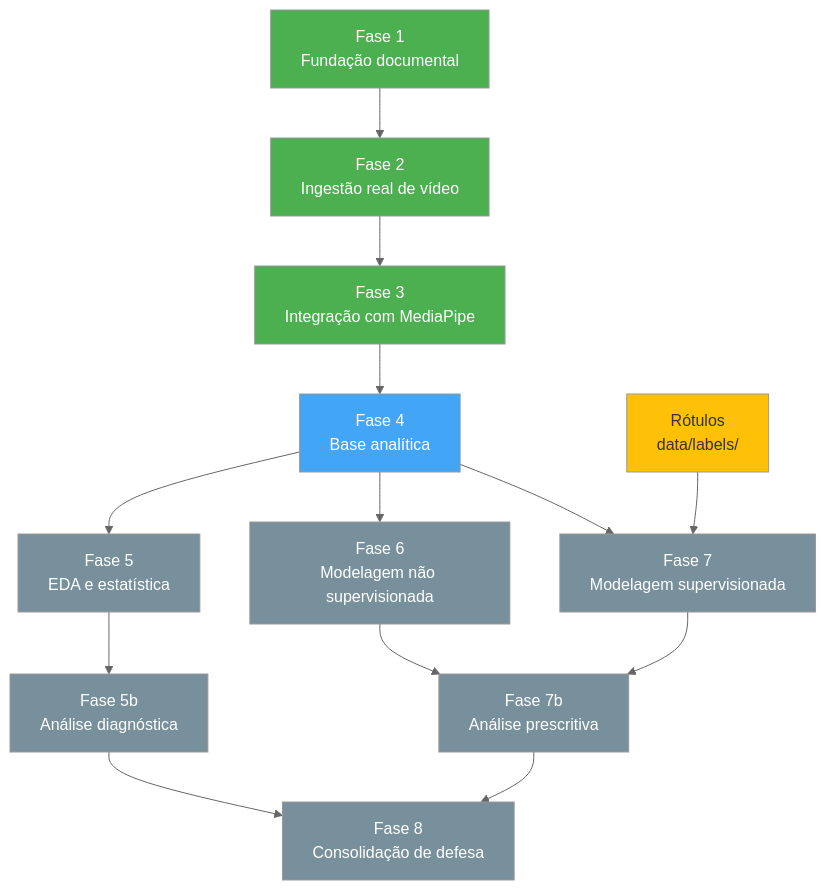
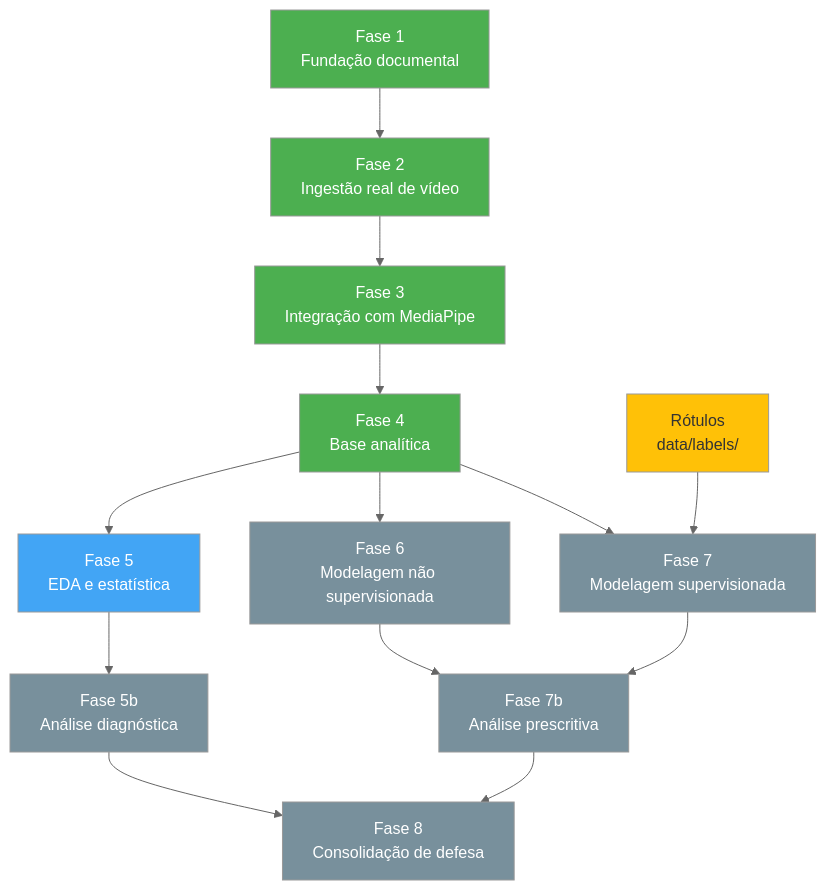
The second of 2 diagrams in docs/ROADMAP.md (especializacao-ia-pucsp/mediapipe-seguranca), drawn with Mermaid (neutral theme) before and after one commit. The commit also changed other lines of this file and 10 other files, not shown here.

````diff
--- a/docs/ROADMAP.md
+++ b/docs/ROADMAP.md
@@ -96,36 +99,36 @@
 ```mermaid
 flowchart TD
     F1["Fase 1<br/>Fundação documental"]
     F2["Fase 2<br/>Ingestão real de vídeo"]
     F3["Fase 3<br/>Integração com MediaPipe"]
     F4["Fase 4<br/>Base analítica"]
     F5["Fase 5<br/>EDA e estatística"]
     F5B["Fase 5b<br/>Análise diagnóstica"]
     F6["Fase 6<br/>Modelagem não supervisionada"]
     F7["Fase 7<br/>Modelagem supervisionada"]
     F7B["Fase 7b<br/>Análise prescritiva"]
     F8["Fase 8<br/>Consolidação de defesa"]
     ROT["Rótulos<br/>data/labels/"]
 
     F1 --> F2 --> F3 --> F4
     F4 --> F5 --> F5B
     F4 --> F6
     F4 --> F7
     ROT --> F7
     F5B --> F8
     F6 --> F7B
     F7 --> F7B
     F7B --> F8
 
     style F1 fill:#4CAF50,color:#fff
     style F2 fill:#4CAF50,color:#fff
     style F3 fill:#4CAF50,color:#fff
-    style F4 fill:#42A5F5,color:#fff
-    style F5 fill:#78909C,color:#fff
+    style F4 fill:#4CAF50,color:#fff
+    style F5 fill:#42A5F5,color:#fff
     style F5B fill:#78909C,color:#fff
     style F6 fill:#78909C,color:#fff
     style F7 fill:#78909C,color:#fff
     style F7B fill:#78909C,color:#fff
     style F8 fill:#78909C,color:#fff
     style ROT fill:#FFC107,color:#333
 ```
````
